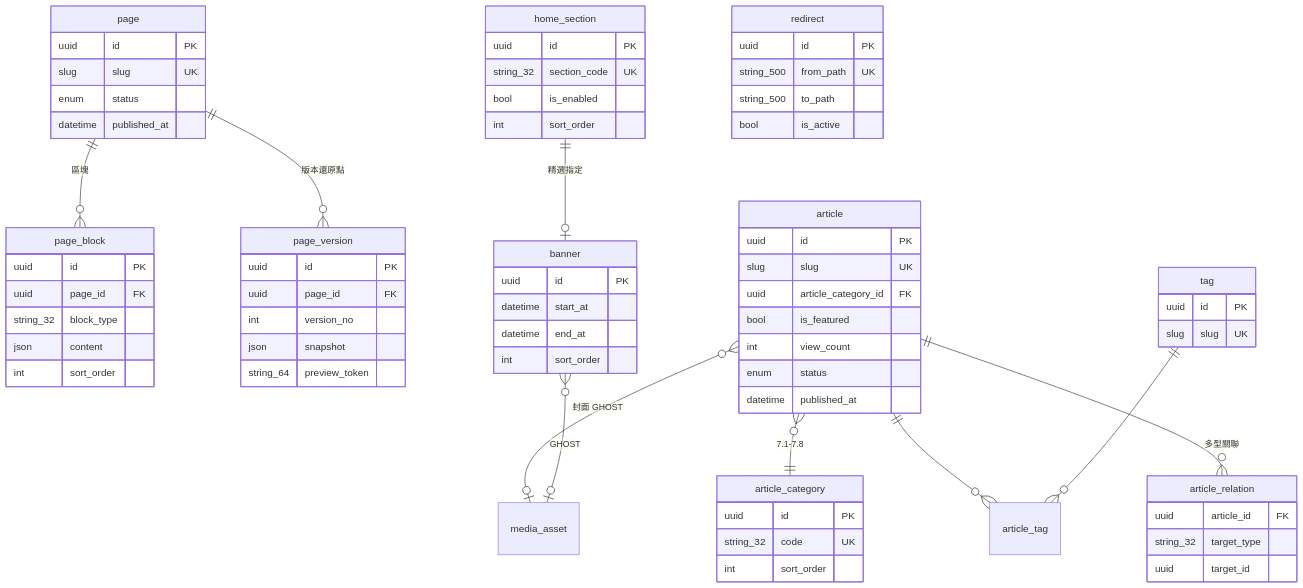
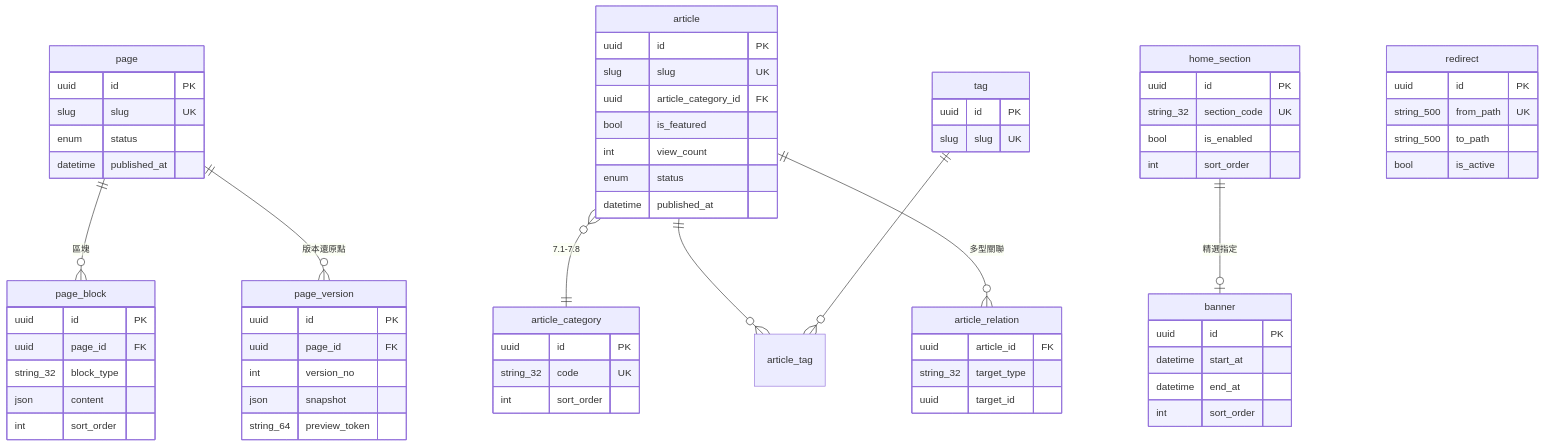
The first of 16 diagrams in docs/12a-database-erd.md (waiting0201/tcrfc), drawn with Mermaid before and after one commit. The commit also changed other lines of this file and 24 other files, not shown here.

First line of the commit message:
feat: 後台圖片改為欄位直傳，新增 STATUS.md 工作追蹤表

````diff
--- a/docs/12a-database-erd.md
+++ b/docs/12a-database-erd.md
@@ -27,73 +30,71 @@
 ```mermaid
 erDiagram
   page ||--o{ page_block : "區塊"
   page ||--o{ page_version : "版本還原點"
   article }o--|| article_category : "7.1-7.8"
   article ||--o{ article_tag : ""
   tag ||--o{ article_tag : ""
   article ||--o{ article_relation : "多型關聯"
-  article }o--o| media_asset : "封面 GHOST"
-  banner }o--o| media_asset : "GHOST"
   home_section ||--o| banner : "精選指定"
   page {
     uuid id PK
     slug slug UK
     enum status
     datetime published_at
   }
   page_block {
     uuid id PK
     uuid page_id FK
     string_32 block_type
     json content
     int sort_order
   }
   page_version {
     uuid id PK
     uuid page_id FK
     int version_no
     json snapshot
     string_64 preview_token
   }
   article {
     uuid id PK
     slug slug UK
     uuid article_category_id FK
     bool is_featured
     int view_count
     enum status
     datetime published_at
   }
   article_category {
     uuid id PK
     string_32 code UK
     int sort_order
   }
   tag {
     uuid id PK
     slug slug UK
   }
   article_relation {
     uuid article_id FK
     string_32 target_type
     uuid target_id
   }
   banner {
     uuid id PK
     datetime start_at
     datetime end_at
     int sort_order
   }
   home_section {
     uuid id PK
     string_32 section_code UK
     bool is_enabled
     int sort_order
   }
   redirect {
     uuid id PK
     string_500 from_path UK
     string_500 to_path
     bool is_active
   }
 ```
````
